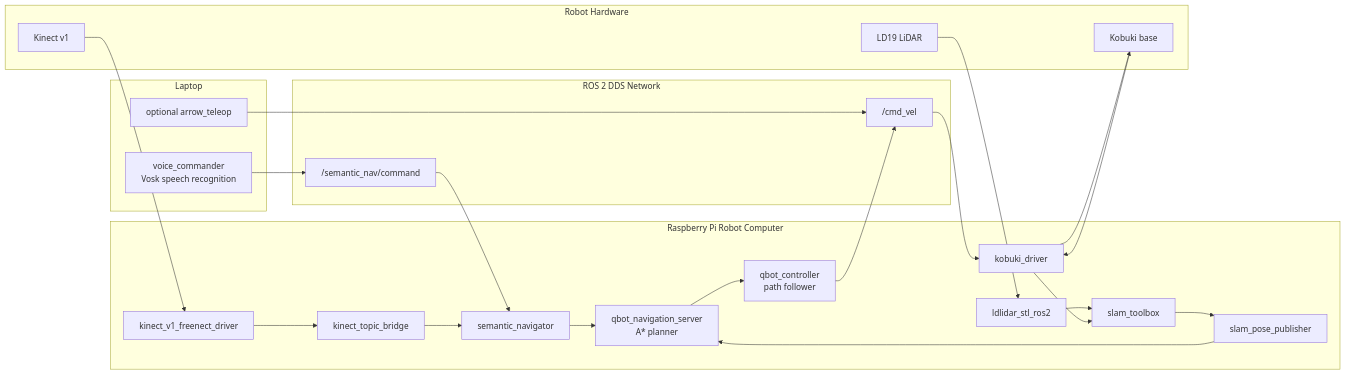
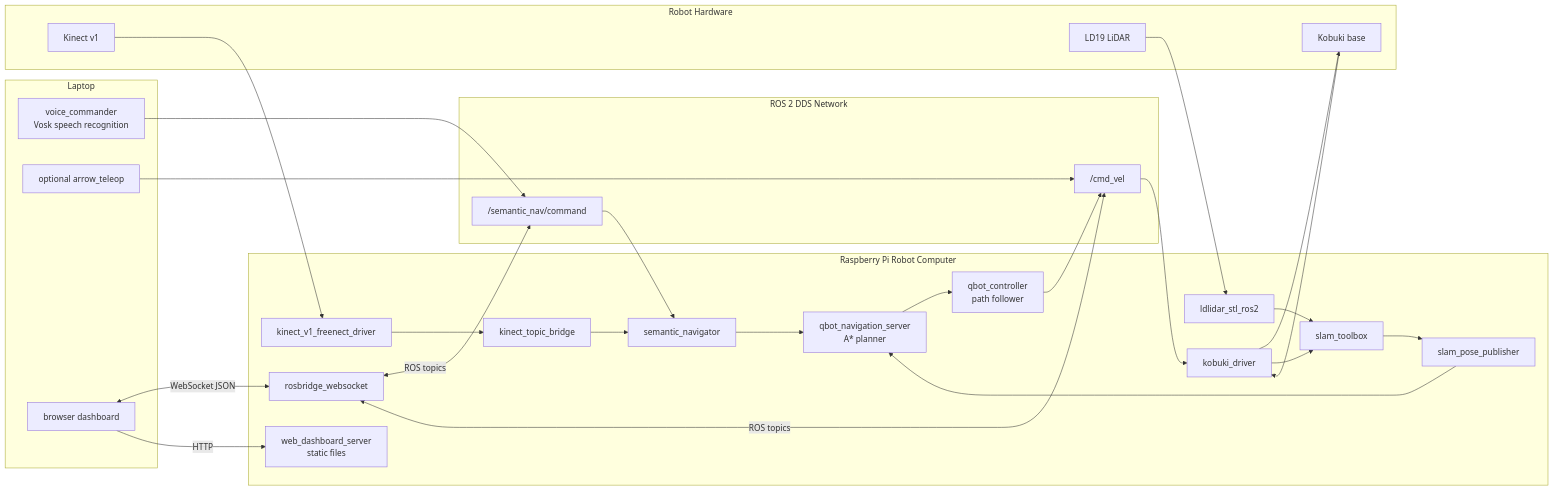
One commit to IntellisenseLab/final-project-helaforge changed the first of 7 diagrams in docs/SYSTEM_TECHNICAL_EXPLANATION.md. Above: the diagram before and after it, drawn with Mermaid. The commit also changed other lines of this file and 13 other files, not shown here.

First line of the commit message:
feat: update YOLO model path and add web dashboard

````diff
--- a/docs/SYSTEM_TECHNICAL_EXPLANATION.md
+++ b/docs/SYSTEM_TECHNICAL_EXPLANATION.md
@@ -18,48 +18,55 @@
 ```mermaid
 flowchart LR
     subgraph Laptop["Laptop"]
         VC["voice_commander<br/>Vosk speech recognition"]
         T["optional arrow_teleop"]
+        WEB["browser dashboard"]
     end
 
     subgraph DDS["ROS 2 DDS Network"]
         C["/semantic_nav/command"]
         CMD["/cmd_vel"]
     end
 
     subgraph Pi["Raspberry Pi Robot Computer"]
         SN["semantic_navigator"]
         KD["kobuki_driver"]
         LD["ldlidar_stl_ros2"]
         KF["kinect_v1_freenect_driver"]
         KB["kinect_topic_bridge"]
         SLAM["slam_toolbox"]
         SP["slam_pose_publisher"]
         A["qbot_navigation_server<br/>A* planner"]
         Q["qbot_controller<br/>path follower"]
+        RB["rosbridge_websocket"]
+        WDS["web_dashboard_server<br/>static files"]
     end
 
     subgraph Hardware["Robot Hardware"]
         KOB["Kobuki base"]
         LIDAR["LD19 LiDAR"]
         KIN["Kinect v1"]
     end
 
     VC --> C
     T --> CMD
+    WEB <-->|WebSocket JSON| RB
+    WEB -->|HTTP| WDS
+    RB <-->|ROS topics| C
+    RB <-->|ROS topics| CMD
     C --> SN
     SN --> A
     A --> Q
     Q --> CMD
     CMD --> KD
     KD --> KOB
     KOB --> KD
     LIDAR --> LD
     KIN --> KF
     KF --> KB
     LD --> SLAM
     KD --> SLAM
     SLAM --> SP
     SP --> A
     KB --> SN
 ```
````
